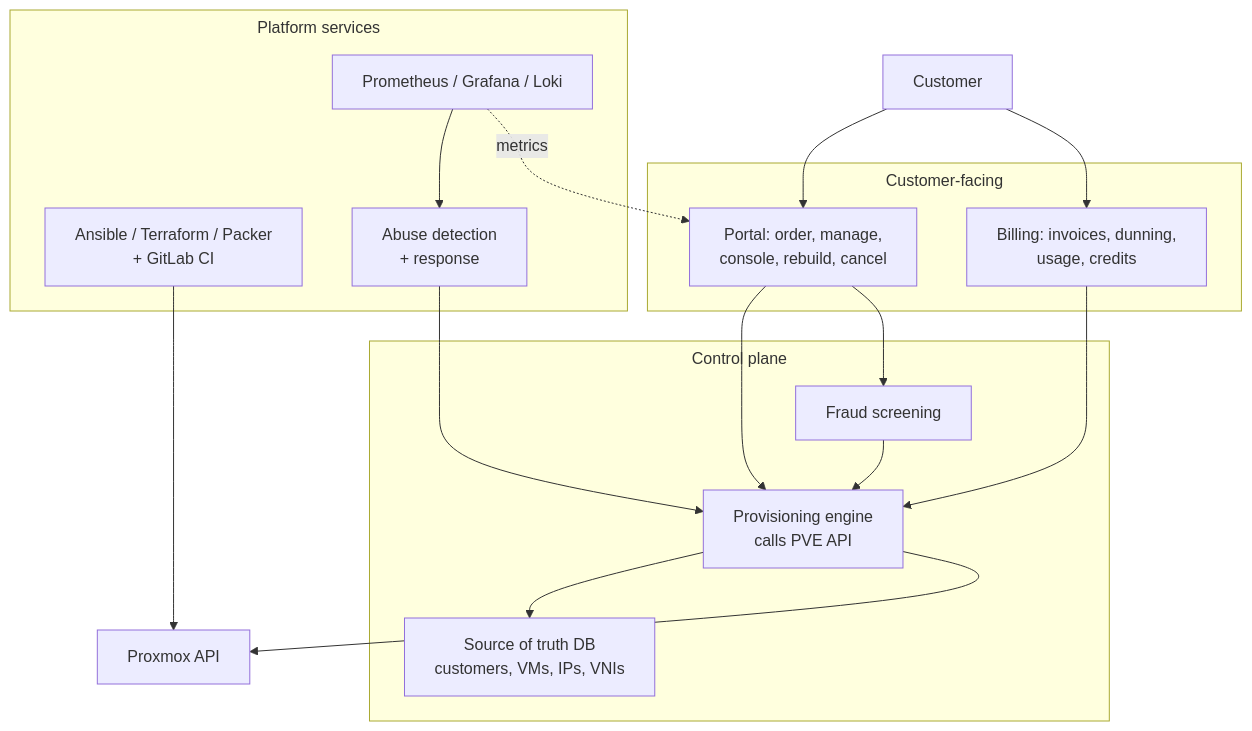
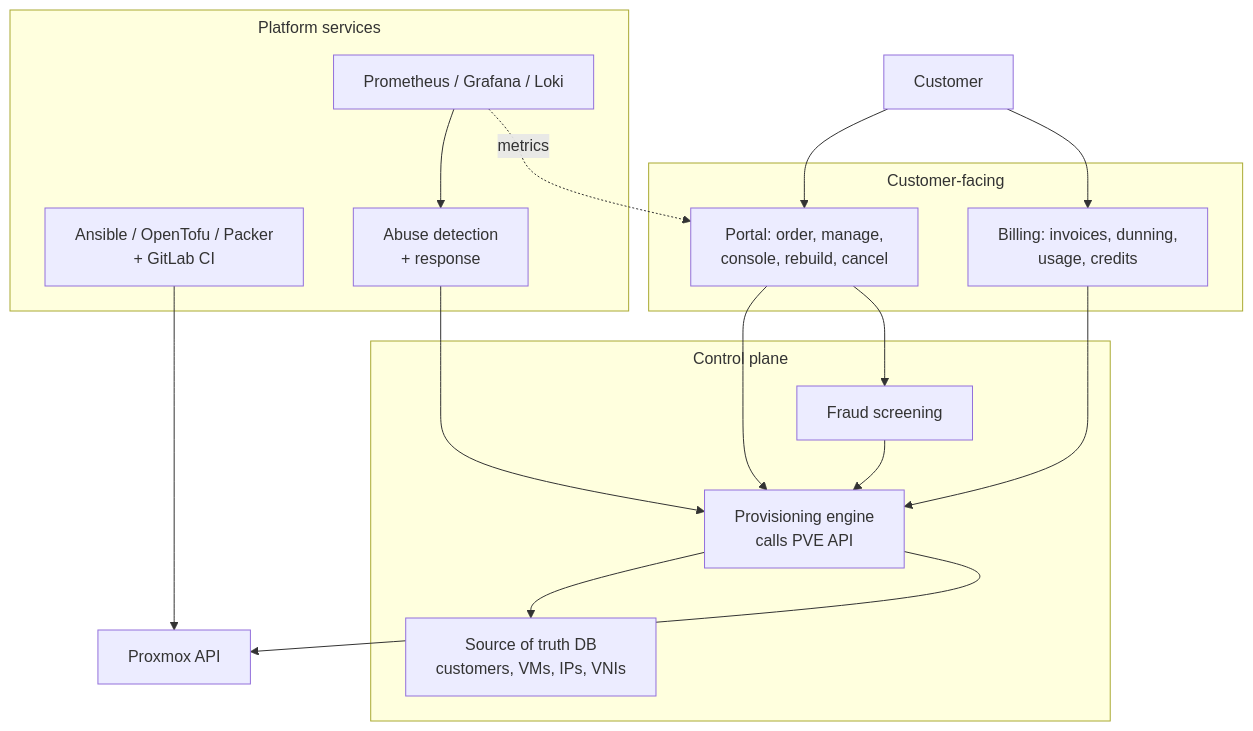
One commit to sroktech/proxmox-ceph-vps-blueprint changed the fourth of 5 diagrams in docs/01-executive-architecture.md. Above: the diagram before and after it, drawn with Mermaid. The commit also changed other lines of this file and 37 other files, not shown here.

Commit message:
using OpenTofu

````diff
--- a/docs/01-executive-architecture.md
+++ b/docs/01-executive-architecture.md
@@ -241,29 +241,29 @@
 ```mermaid
 %%{init: {"flowchart": {"htmlLabels": true, "wrappingWidth": 400, "subGraphTitleMargin": {"top": 6, "bottom": 14}}}}%%
 flowchart TB
     CUST["Customer"]
     subgraph FRONT["Customer-facing"]
       PORTAL["Portal: order, manage,<br/>console, rebuild, cancel"]
       BILL["Billing: invoices, dunning,<br/>usage, credits"]
     end
     subgraph MID["Control plane"]
       PROV["Provisioning engine<br/>calls PVE API"]
       DB["Source of truth DB<br/>customers, VMs, IPs, VNIs"]
       FRAUD["Fraud screening"]
     end
     subgraph BACK["Platform services"]
-      IAC["Ansible / Terraform / Packer<br/>+ GitLab CI"]
+      IAC["Ansible / OpenTofu / Packer<br/>+ GitLab CI"]
       OBS["Prometheus / Grafana / Loki"]
       ABUSE["Abuse detection<br/>+ response"]
     end
     PVE["Proxmox API"]
 
     CUST --> PORTAL --> PROV
     CUST --> BILL --> PROV
     PORTAL --> FRAUD --> PROV
     PROV --> DB
     PROV --> PVE
     OBS --> ABUSE --> PROV
     IAC --> PVE
     OBS -.->|"metrics"| PORTAL
 ```
````
